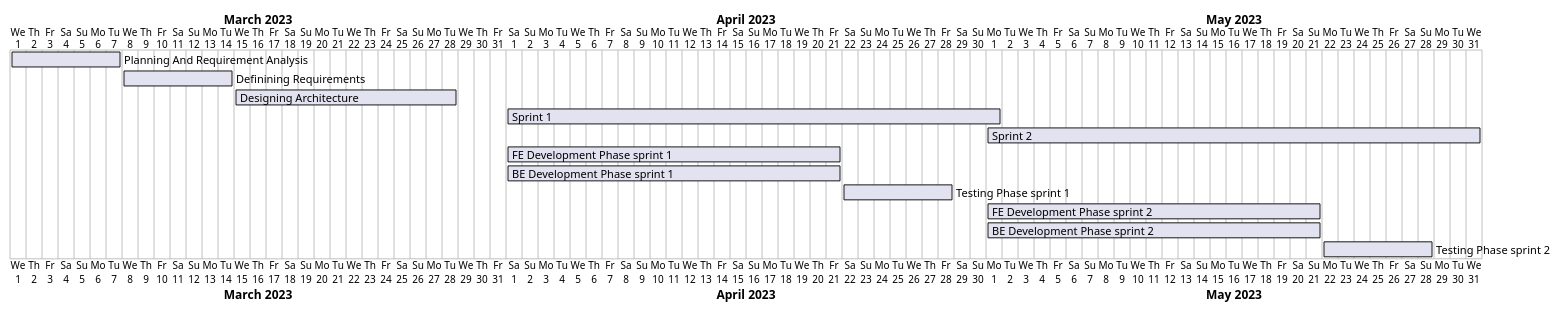
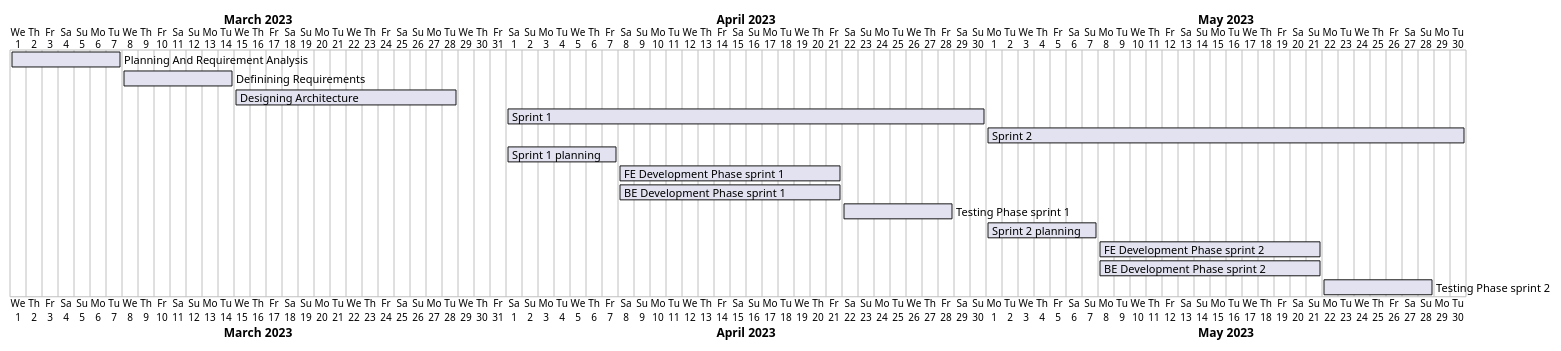
One commit to aldihsuhandi/skripsi-2023 changed the diagram in uml/gantt1.pu. Above: the diagram before and after it, drawn with PlantUML. The commit also changed 4 other files, not shown here.

Commit message:
fix timeline

```diff
--- a/uml/gantt1.pu
+++ b/uml/gantt1.pu
@@ -1,29 +1,33 @@
 @startgantt sprint timeline
 [Planning And Requirement Analysis] lasts 7 days
 [Definining Requirements] lasts 7 days
 [Designing Architecture] lasts 14 days
-[Sprint 1] lasts 31 days
-[Sprint 2] lasts 31 days
+[Sprint 1] lasts 30 days
+[Sprint 2] lasts 30 days
 
-[FE Development Phase sprint 1] lasts 21 days 
-[BE Development Phase sprint 1] lasts 21 days
+[Sprint 1 planning] lasts 7 days
+[FE Development Phase sprint 1] lasts 14 days 
+[BE Development Phase sprint 1] lasts 14 days
 [Testing Phase sprint 1] lasts 7 days
 
-[FE Development Phase sprint 2] lasts 21 days 
-[BE Development Phase sprint 2] lasts 21 days
+[Sprint 2 planning] lasts 7 days
+[FE Development Phase sprint 2] lasts 14 days 
+[BE Development Phase sprint 2] lasts 14 days
 [Testing Phase sprint 2] lasts 7 days
 
 Project starts 2023-03-01
 [Planning And Requirement Analysis] starts 2023-03-01
 [Definining Requirements] starts 2023-03-08
 [Designing Architecture] starts 2023-03-15
 [Sprint 1] starts 2023-04-01
 [Sprint 2] starts 2023-05-01
-[FE Development Phase sprint 1] starts 2023-04-01 
-[BE Development Phase sprint 1] starts 2023-04-01
+[Sprint 1 planning] starts 2023-04-01
+[FE Development Phase sprint 1] starts 2023-04-08 
+[BE Development Phase sprint 1] starts 2023-04-08
 [Testing Phase sprint 1] starts 2023-04-22
 
-[FE Development Phase sprint 2] starts 2023-05-01 
-[BE Development Phase sprint 2] starts 2023-05-01
+[Sprint 2 planning] starts 2023-05-01
+[FE Development Phase sprint 2] starts 2023-05-08 
+[BE Development Phase sprint 2] starts 2023-05-08
 [Testing Phase sprint 2] starts 2023-05-22
 @endgantt
```
